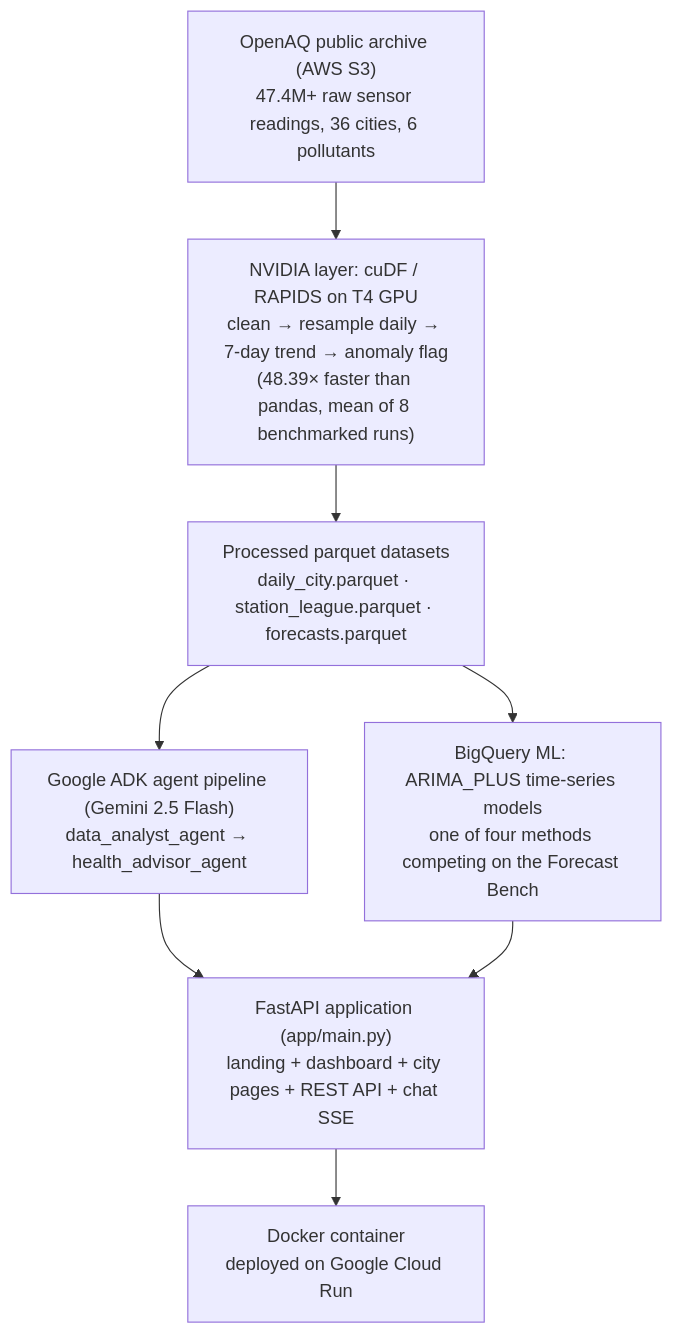
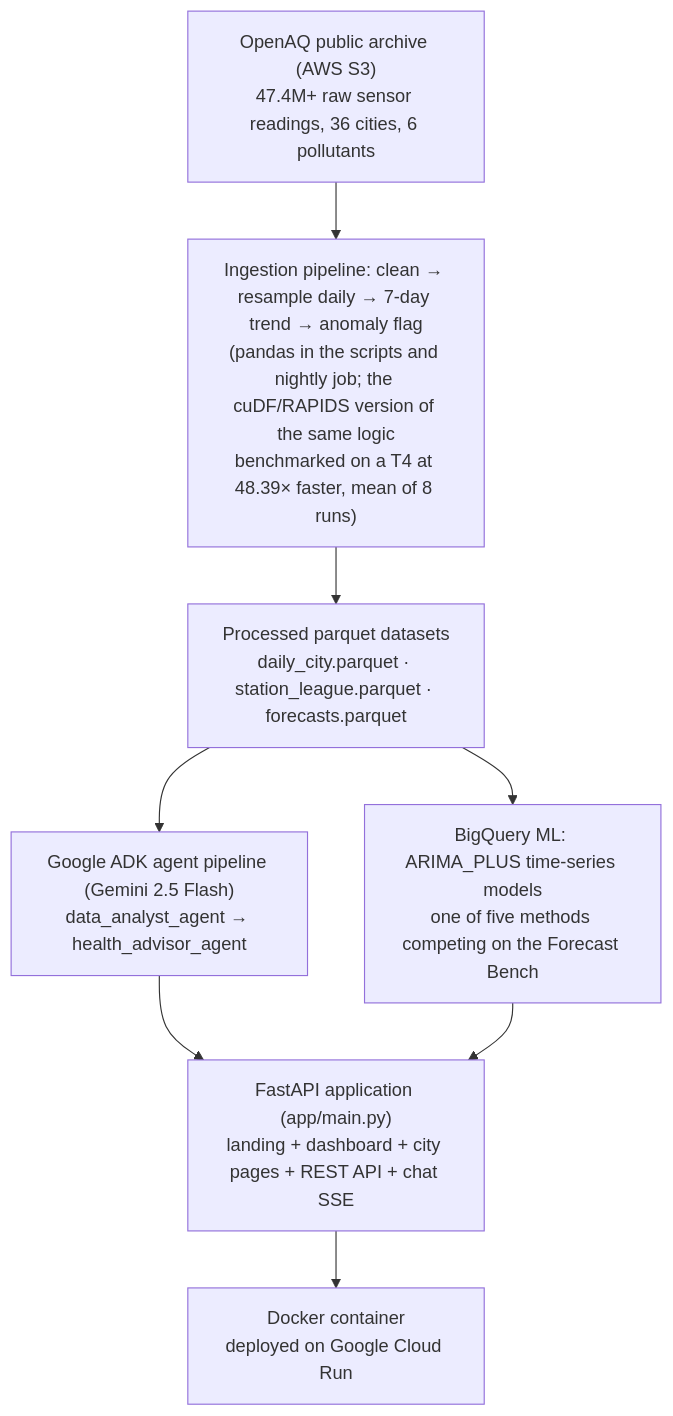
The first of 2 diagrams in README.md (anshul23102/vayusense), drawn with Mermaid before and after one commit. The commit also changed other lines of this file and 31 other files, not shown here.

````diff
--- a/README.md
+++ b/README.md
@@ -201,11 +201,11 @@
 ```mermaid
 flowchart TD
     A["OpenAQ public archive (AWS S3)\n47.4M+ raw sensor readings, 36 cities, 6 pollutants"] --> B
-    B["NVIDIA layer: cuDF / RAPIDS on T4 GPU\nclean → resample daily → 7-day trend → anomaly flag\n(48.39× faster than pandas, mean of 8 benchmarked runs)"] --> C
+    B["Ingestion pipeline: clean → resample daily → 7-day trend → anomaly flag\n(pandas in the scripts and nightly job; the cuDF/RAPIDS version of the same logic\nbenchmarked on a T4 at 48.39× faster, mean of 8 runs)"] --> C
     C["Processed parquet datasets\ndaily_city.parquet · station_league.parquet · forecasts.parquet"] --> D
     C --> E
     D["Google ADK agent pipeline (Gemini 2.5 Flash)\ndata_analyst_agent → health_advisor_agent"] --> F
-    E["BigQuery ML: ARIMA_PLUS time-series models\none of four methods competing on the Forecast Bench"] --> F
+    E["BigQuery ML: ARIMA_PLUS time-series models\none of five methods competing on the Forecast Bench"] --> F
     F["FastAPI application (app/main.py)\nlanding + dashboard + city pages + REST API + chat SSE"] --> G
     G["Docker container\ndeployed on Google Cloud Run"]
 ```
````
